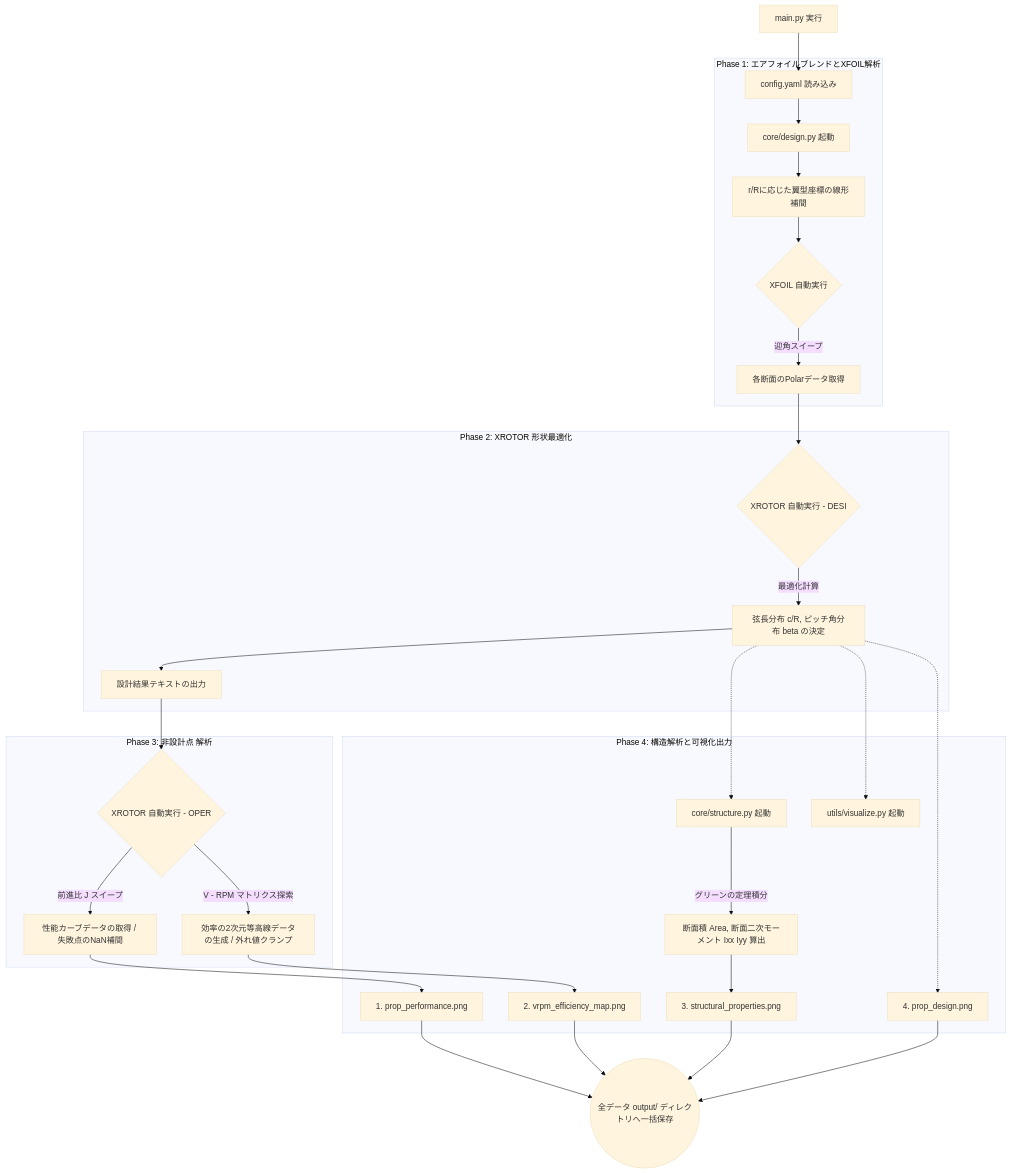
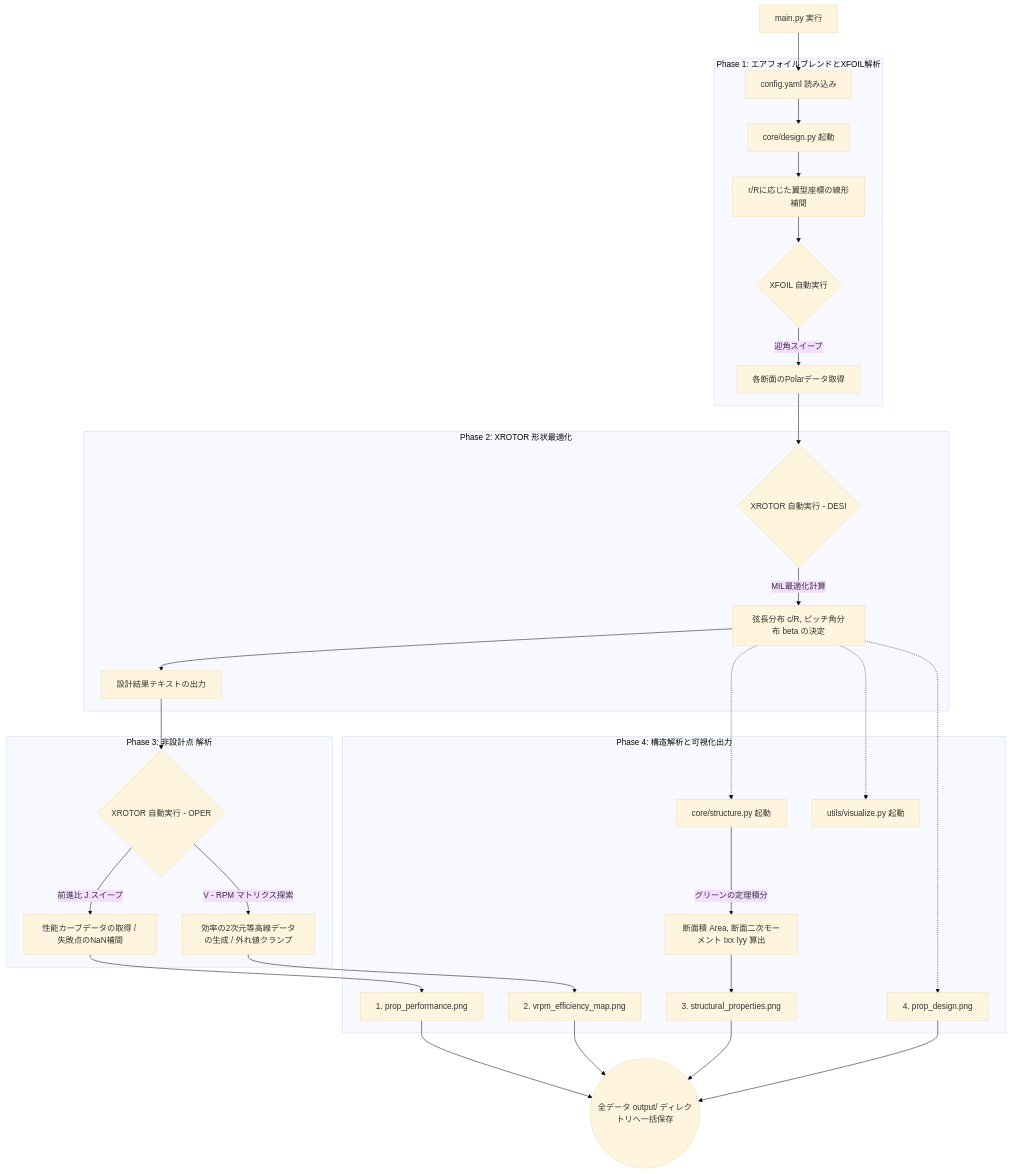
Before and after one commit to 97kuek/hpa-propeller-designer: the diagram in README.md, drawn with Mermaid (base theme). The commit also changed other lines of this file and 1 other file, not shown here.

````diff
--- a/README.md
+++ b/README.md
@@ -38,39 +201,39 @@
 ```mermaid
 graph TD
     A[main.py 実行] --> B[config.yaml 読み込み]
     
     subgraph Phase1 [Phase 1: エアフォイルブレンドとXFOIL解析]
         B --> C[core/design.py 起動]
         C --> D[r/Rに応じた翼型座標の線形補間]
         D --> E{XFOIL 自動実行}
         E -- 迎角スイープ --> F[各断面のPolarデータ取得]
     end
     
     subgraph Phase2 [Phase 2: XROTOR 形状最適化]
         F --> G{XROTOR 自動実行 - DESI}
-        G -- 最適化計算 --> H[弦長分布 c/R, ピッチ角分布 beta の決定]
+        G -- MIL最適化計算 --> H[弦長分布 c/R, ピッチ角分布 beta の決定]
         H --> I[設計結果テキストの出力]
     end
     
     subgraph Phase3 [Phase 3: 非設計点 解析]
         I --> J{XROTOR 自動実行 - OPER}
         J -- 前進比 J スイープ --> K[性能カーブデータの取得 / 失敗点のNaN補間]
         J -- V - RPM マトリクス探索 --> L[効率の2次元等高線データの生成 / 外れ値クランプ]
     end
     
     subgraph Phase4 [Phase 4: 構造解析と可視化出力]
         H -.-> M[core/structure.py 起動]
         M -- グリーンの定理積分 --> N[断面積 Area, 断面二次モーメント Ixx Iyy 算出]
         H -.-> O[utils/visualize.py 起動]
         
         K --> P[1. prop_performance.png]
         L --> Q[2. vrpm_efficiency_map.png]
         N --> S[3. structural_properties.png]
         H -.-> T[4. prop_design.png]
     end
 
     P --> Z((全データ output/ ディレクトリへ一括保存))
     Q --> Z
     S --> Z
     T --> Z
 ```
````
